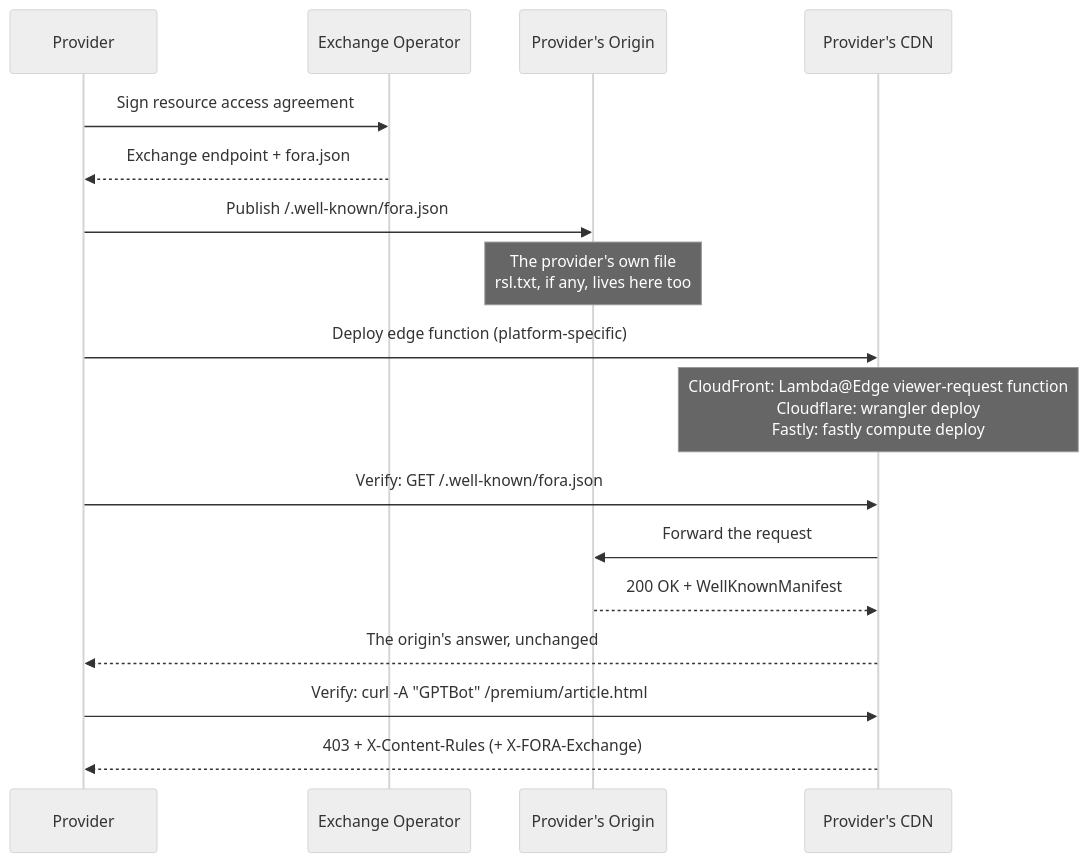
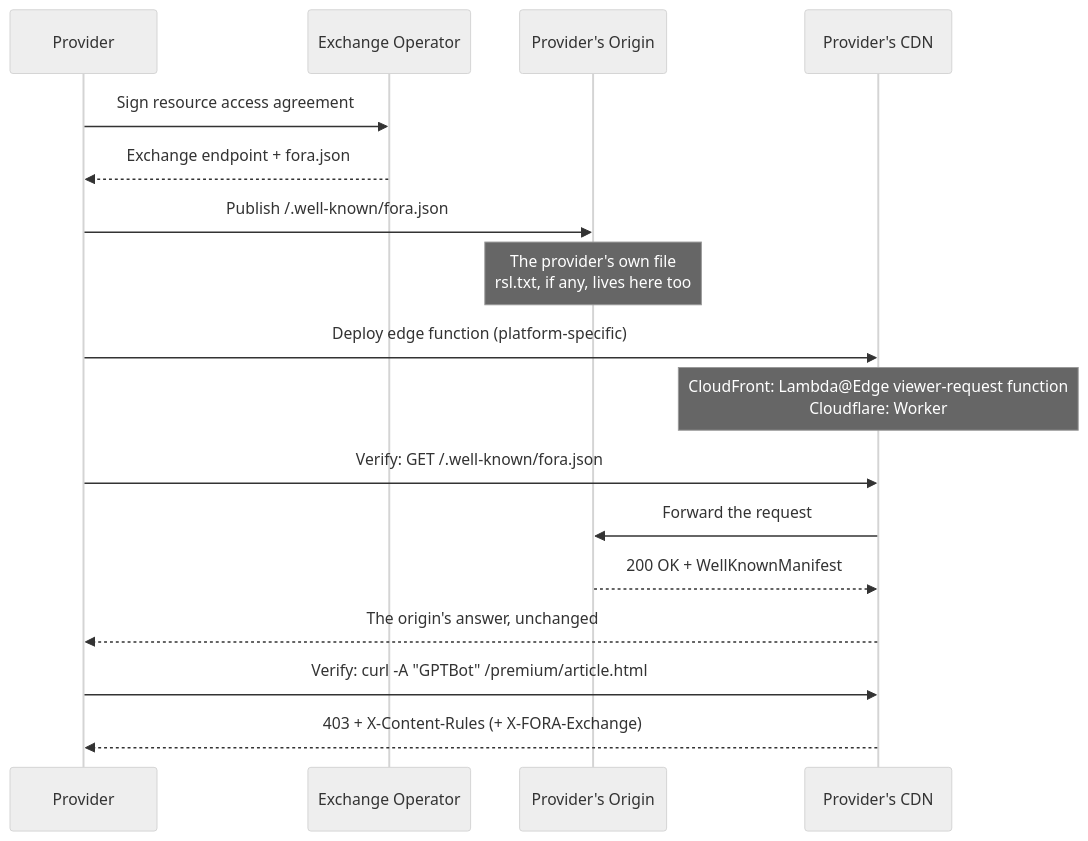
One commit to FORA-Protocol/protocol changed the diagram in website/src/content/docs/components/edge-function/deployment.mdx. Above: the diagram before and after it, drawn with Mermaid (neutral theme). The commit also changed other lines of this file, not shown here.

Commit message:
Make the deployment page's Fastly, settings, deploy-command and bypass text match the edge worker

````diff
--- a/website/src/content/docs/components/edge-function/deployment.mdx
+++ b/website/src/content/docs/components/edge-function/deployment.mdx
@@ -10,24 +10,24 @@
 ```mermaid
 sequenceDiagram
     participant Provider as Provider
     participant MO as Exchange Operator
     participant Origin as Provider's Origin
     participant CDN as Provider's CDN
 
     Provider->>MO: Sign resource access agreement
     MO-->>Provider: Exchange endpoint + fora.json
 
     Provider->>Origin: Publish /.well-known/fora.json
     Note over Origin: The provider's own file<br/>rsl.txt, if any, lives here too
 
     Provider->>CDN: Deploy edge function (platform-specific)
-    Note over CDN: CloudFront: Lambda@Edge viewer-request function<br/>Cloudflare: wrangler deploy<br/>Fastly: fastly compute deploy
+    Note over CDN: CloudFront: Lambda@Edge viewer-request function<br/>Cloudflare: Worker
 
     Provider->>CDN: Verify: GET /.well-known/fora.json
     CDN->>Origin: Forward the request
     Origin-->>CDN: 200 OK + WellKnownManifest
     CDN-->>Provider: The origin's answer, unchanged
 
     Provider->>CDN: Verify: curl -A "GPTBot" /premium/article.html
     CDN-->>Provider: 403 + X-Content-Rules (+ X-FORA-Exchange)
 ```
````
